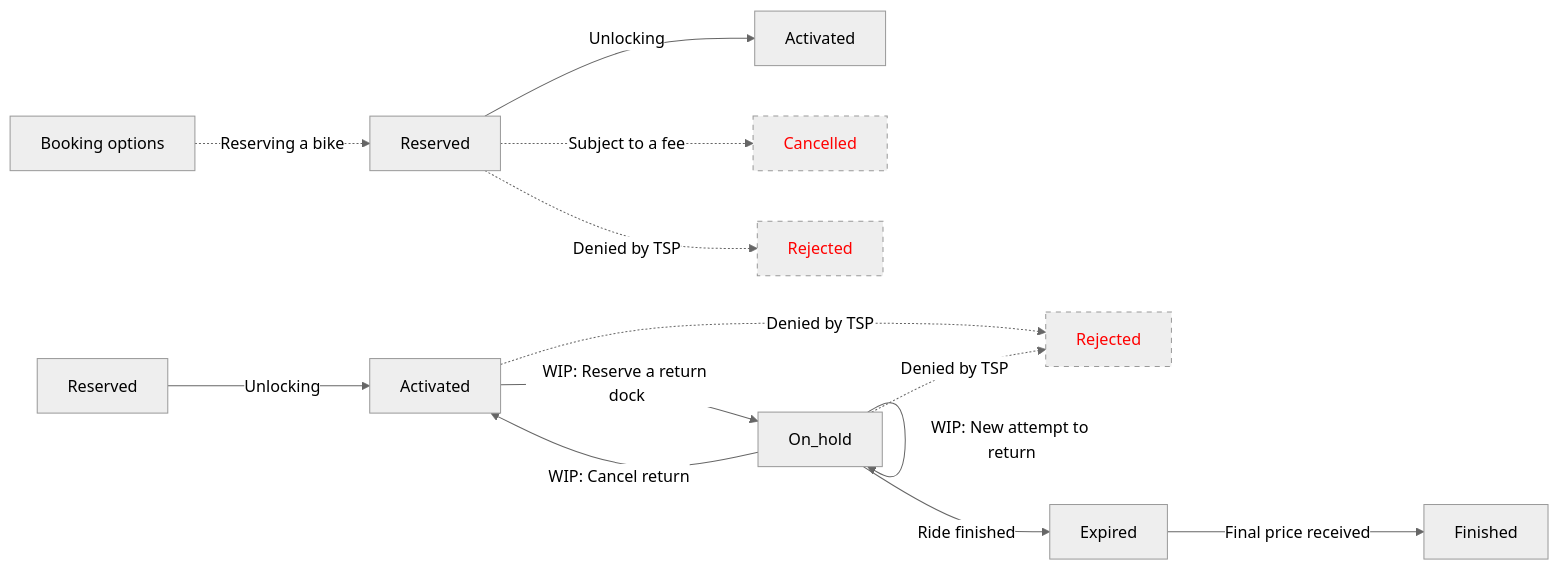
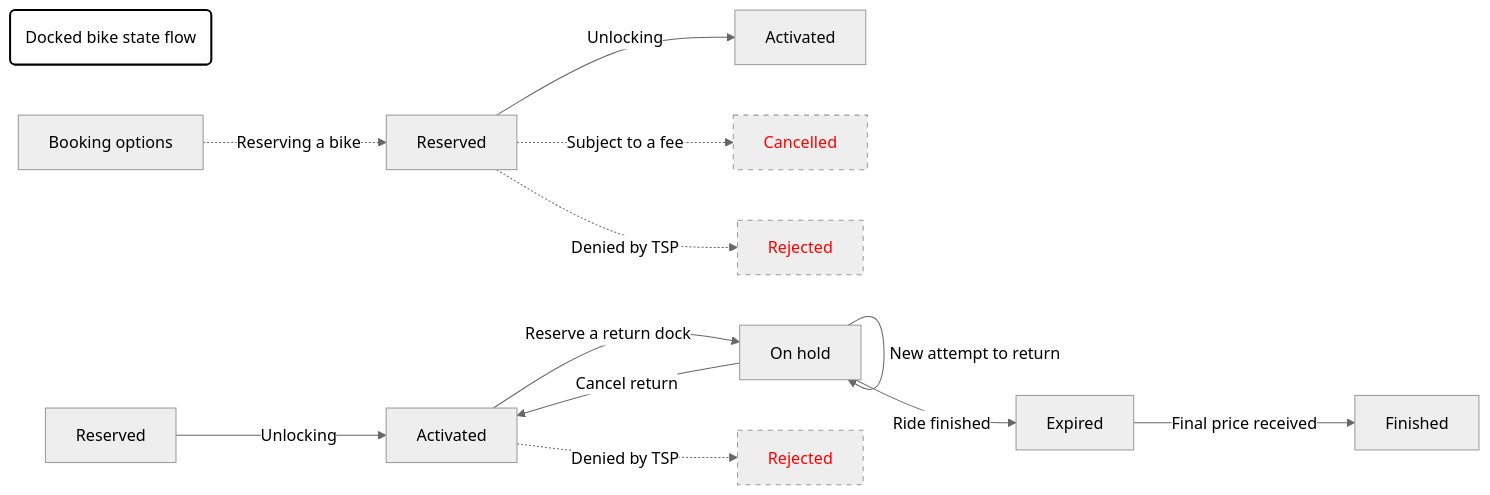
One commit to maasglobal/maas-tsp-api changed the diagram in specs/workflow/docked-bike.mmd. Above: the diagram before and after it, drawn with Mermaid (neutral theme). The commit also changed 5 other files, not shown here.

Commit message:
Refine existing and add car sharing and rental car state diagrams

```diff
--- a/specs/workflow/docked-bike.mmd
+++ b/specs/workflow/docked-bike.mmd
@@ -1,18 +1,19 @@
 graph LR
-    %% MermaidJS workflow graph for docker Bike or E-bike TSP
-    %% Use https://mermaid-js.github.io/mermaid-live-editor/ to edit
-    Options[Booking options] -.->|Reserving a bike | Reserved
-    Reserved -->|Unlocking| Activated2[Activated]
-    Reserved -.->|Subject to a fee| Cancelled
-    Reserved -.->|Denied by TSP| Rejected
-    Reserved2[Reserved] -->|Unlocking| Activated
-    Activated -->|WIP: Reserve a return dock| On_hold
-    On_hold -->|WIP: Cancel return| Activated
-    On_hold -->|WIP: New attempt to return| On_hold
-    Activated -.->|Denied by TSP| Rejected2[Rejected]
-    On_hold -.->|Denied by TSP| Rejected2[Rejected]
-    On_hold -->|Ride finished| Expired
-    Expired -->|Final price received| Finished
-    style Cancelled color:red,stroke-dasharray: 5, 5
-    style Rejected color:red,stroke-dasharray: 5, 5
-    style Rejected2 color:red,stroke-dasharray: 5, 5
+  label1(Docked bike state flow)
+  %% MermaidJS workflow graph for docker Bike or E-bike TSP
+  %% Use https://mermaid-js.github.io/mermaid-live-editor/ to edit
+  Options[Booking options] -.->|Reserving a bike | Reserved
+  Reserved -->|Unlocking| Activated2[Activated]
+  Reserved -.->|Subject to a fee| Cancelled
+  Reserved -.->|Denied by TSP| Rejected
+  Reserved2[Reserved] -->|Unlocking| Activated
+  Activated -->|Reserve a return dock| On_hold
+  On_hold[On hold] -->|Cancel return| Activated
+  On_hold[On hold] -->|New attempt to return| On_hold[On hold]
+  Activated -.->|Denied by TSP| Rejected2[Rejected]
+  On_hold[On hold] -->|Ride finished| Expired
+  Expired -->|Final price received| Finished
+  style Cancelled color:red,stroke-dasharray: 5, 5
+  style Rejected color:red,stroke-dasharray: 5, 5
+  style Rejected2 color:red,stroke-dasharray: 5, 5
+  style label1 stroke-width:2px,color:black,stroke:black,fill:white
```
